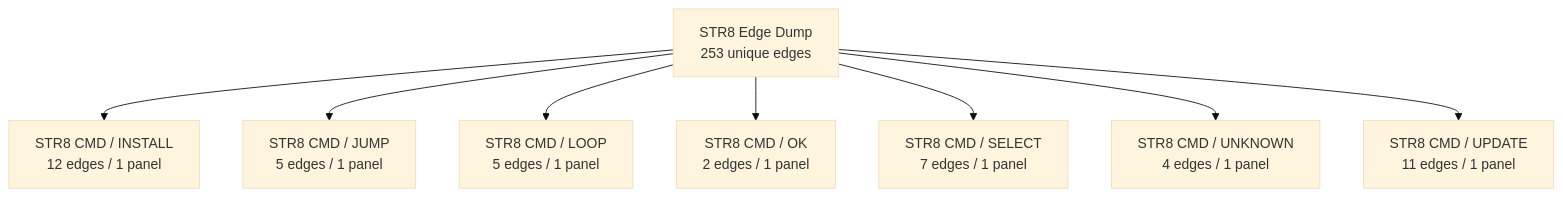
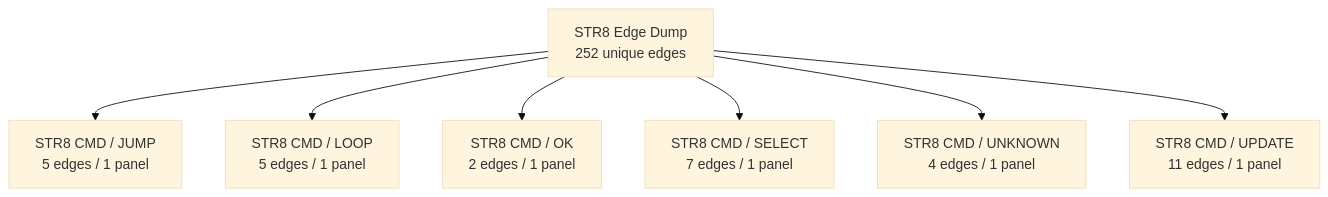
Before and after one commit to 95westus/R-YORS: the third of 42 diagrams in DOC/GUIDES/STR8/STR8_EDGE_DUMP.md, drawn with Mermaid (base theme). The commit also changed other lines of this file and 25 other files, not shown here.

````diff
--- a/DOC/GUIDES/STR8/STR8_EDGE_DUMP.md
+++ b/DOC/GUIDES/STR8/STR8_EDGE_DUMP.md
@@ -62,10 +62,9 @@
 ```mermaid
 flowchart TD
-    EDGE_ATLAS_ROOT_2["STR8 Edge Dump<br/>253 unique edges"] --> EDGE_FAMILY_2_0["STR8 CMD / INSTALL<br/>12 edges / 1 panel"]
-    EDGE_ATLAS_ROOT_2["STR8 Edge Dump<br/>253 unique edges"] --> EDGE_FAMILY_2_1["STR8 CMD / JUMP<br/>5 edges / 1 panel"]
-    EDGE_ATLAS_ROOT_2["STR8 Edge Dump<br/>253 unique edges"] --> EDGE_FAMILY_2_2["STR8 CMD / LOOP<br/>5 edges / 1 panel"]
-    EDGE_ATLAS_ROOT_2["STR8 Edge Dump<br/>253 unique edges"] --> EDGE_FAMILY_2_3["STR8 CMD / OK<br/>2 edges / 1 panel"]
-    EDGE_ATLAS_ROOT_2["STR8 Edge Dump<br/>253 unique edges"] --> EDGE_FAMILY_2_4["STR8 CMD / SELECT<br/>7 edges / 1 panel"]
-    EDGE_ATLAS_ROOT_2["STR8 Edge Dump<br/>253 unique edges"] --> EDGE_FAMILY_2_5["STR8 CMD / UNKNOWN<br/>4 edges / 1 panel"]
-    EDGE_ATLAS_ROOT_2["STR8 Edge Dump<br/>253 unique edges"] --> EDGE_FAMILY_2_6["STR8 CMD / UPDATE<br/>11 edges / 1 panel"]
+    EDGE_ATLAS_ROOT_2["STR8 Edge Dump<br/>252 unique edges"] --> EDGE_FAMILY_2_0["STR8 CMD / JUMP<br/>5 edges / 1 panel"]
+    EDGE_ATLAS_ROOT_2["STR8 Edge Dump<br/>252 unique edges"] --> EDGE_FAMILY_2_1["STR8 CMD / LOOP<br/>5 edges / 1 panel"]
+    EDGE_ATLAS_ROOT_2["STR8 Edge Dump<br/>252 unique edges"] --> EDGE_FAMILY_2_2["STR8 CMD / OK<br/>2 edges / 1 panel"]
+    EDGE_ATLAS_ROOT_2["STR8 Edge Dump<br/>252 unique edges"] --> EDGE_FAMILY_2_3["STR8 CMD / SELECT<br/>7 edges / 1 panel"]
+    EDGE_ATLAS_ROOT_2["STR8 Edge Dump<br/>252 unique edges"] --> EDGE_FAMILY_2_4["STR8 CMD / UNKNOWN<br/>4 edges / 1 panel"]
+    EDGE_ATLAS_ROOT_2["STR8 Edge Dump<br/>252 unique edges"] --> EDGE_FAMILY_2_5["STR8 CMD / UPDATE<br/>11 edges / 1 panel"]
 ```
````
